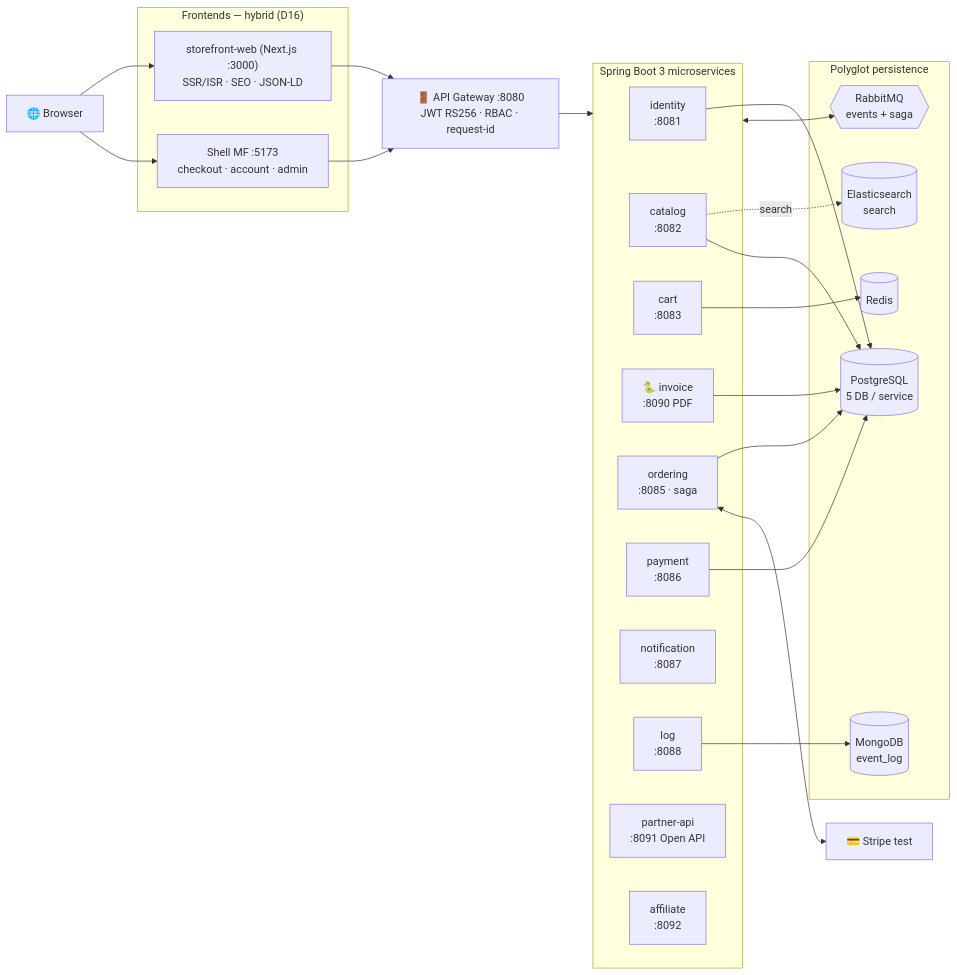
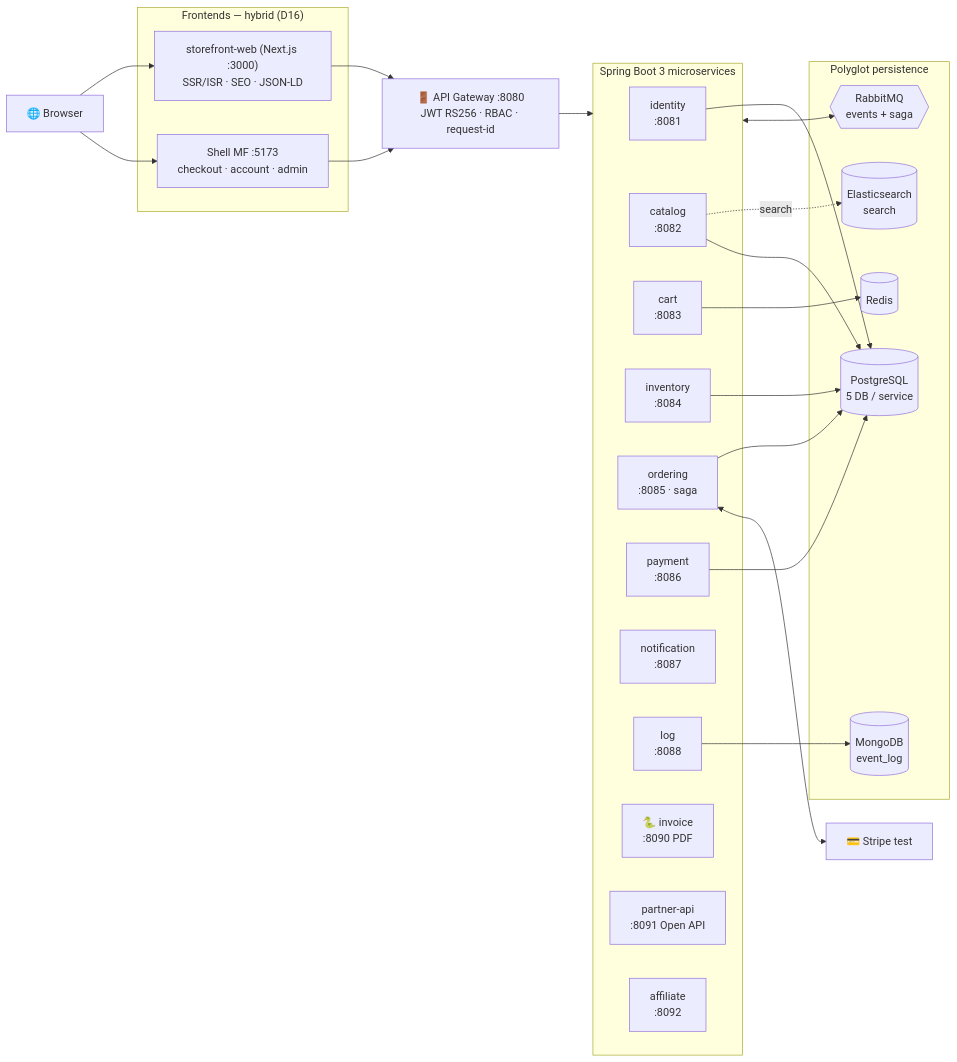
One commit to wakii-dev/ecommerce changed the first of 2 diagrams in README.md. Above: the diagram before and after it, drawn with Mermaid. The commit also changed other lines of this file, not shown here.

Commit message:
docs: fix stale header count, duplicate mermaid node id, SF-3 Done status

````diff
--- a/README.md
+++ b/README.md
@@ -19,42 +19,42 @@
 ```mermaid
 flowchart LR
     B["🌐 Browser"]
     subgraph FE["Frontends — hybrid (D16)"]
         NW["storefront-web (Next.js :3000)<br/>SSR/ISR · SEO · JSON-LD"]
         SHELL["Shell MF :5173<br/>checkout · account · admin"]
     end
     GW["🚪 API Gateway :8080<br/>JWT RS256 · RBAC · request-id"]
     subgraph SVC["Spring Boot 3 microservices"]
         ID["identity<br/>:8081"]
         CAT["catalog<br/>:8082"]
         CART["cart<br/>:8083"]
         INV["inventory<br/>:8084"]
         ORD["ordering<br/>:8085 · saga"]
         PAY["payment<br/>:8086"]
         NOTI["notification<br/>:8087"]
         LOG["log<br/>:8088"]
-        INV["🐍 invoice<br/>:8090 PDF"]
+        PDF["🐍 invoice<br/>:8090 PDF"]
         PART["partner-api<br/>:8091 Open API"]
         AFF["affiliate<br/>:8092"]
     end
     subgraph DS["Polyglot persistence"]
         PG[("PostgreSQL<br/>5 DB / service")]
         RD[("Redis")]
         ES[("Elasticsearch<br/>search")]
         MO[("MongoDB<br/>event_log")]
         MQ{{"RabbitMQ<br/>events + saga"}}
     end
     STR["💳 Stripe test"]
 
     B --> NW
     B --> SHELL
     NW --> GW
     SHELL --> GW
     GW --> SVC
     CAT -.search.-> ES
     ID & CAT & INV & ORD & PAY --> PG
     CART --> RD
     LOG --> MO
     SVC <--> MQ
     ORD <--> STR
 ```
````
